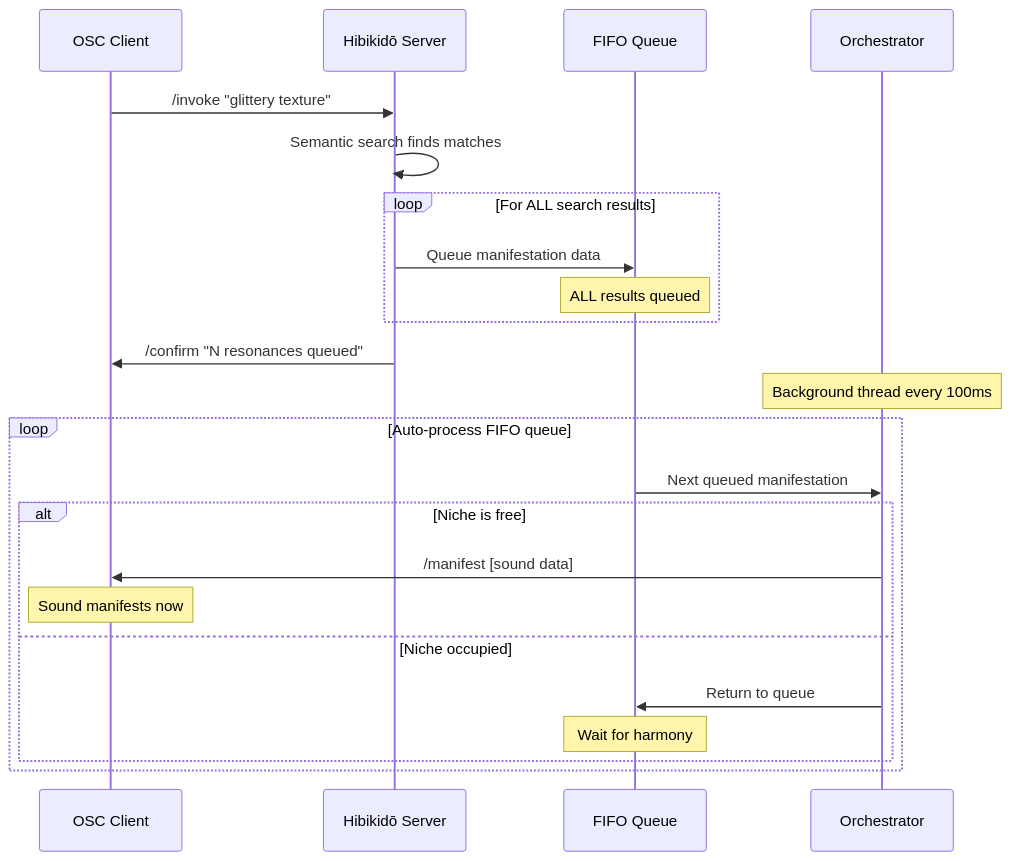
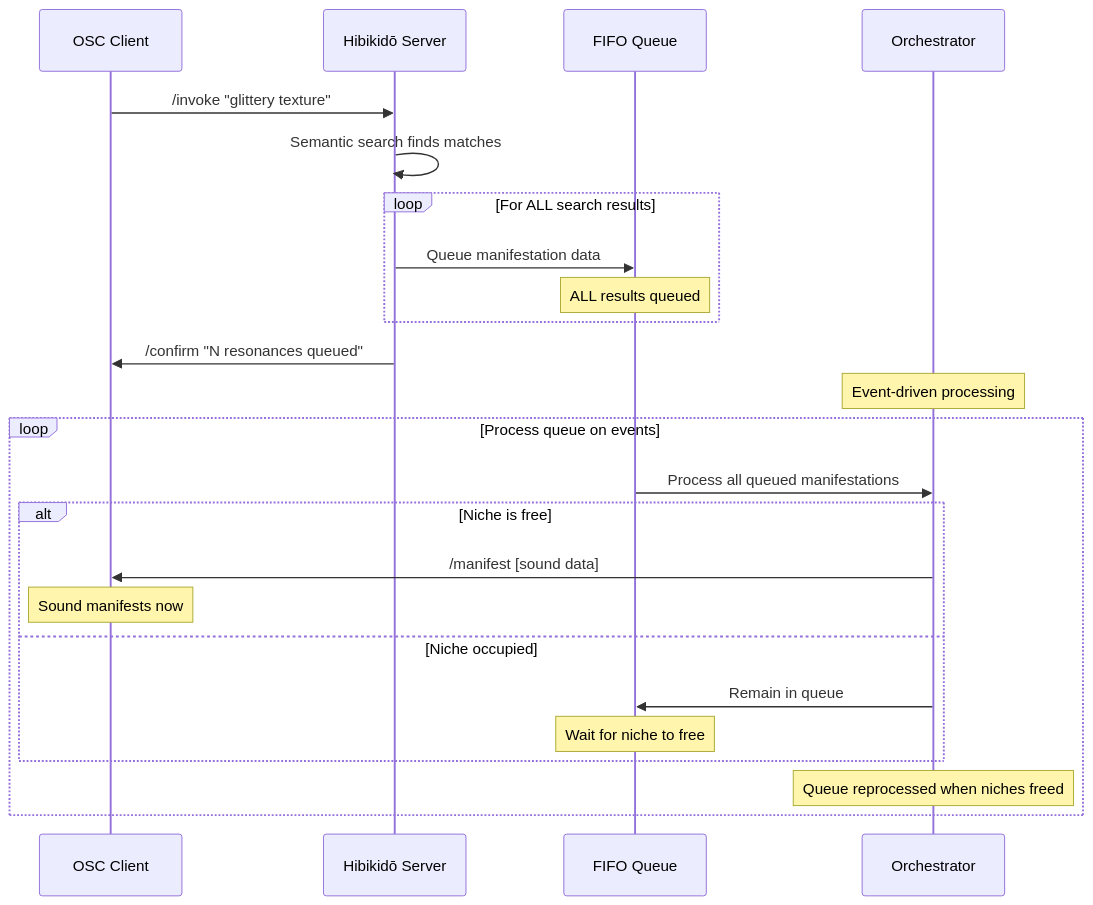
The second of 3 diagrams in docs/TECHNICAL_GUIDE.md (jpdrecourt/hibikido), drawn with Mermaid before and after one commit. The commit also changed other lines of this file and 13 other files, not shown here.

````diff
--- a/docs/TECHNICAL_GUIDE.md
+++ b/docs/TECHNICAL_GUIDE.md
@@ -39,30 +39,32 @@
 ```mermaid
 sequenceDiagram
     participant Client as OSC Client
     participant Server as Hibikidō Server
     participant Queue as FIFO Queue
     participant Orchestrator as Orchestrator
 
     Client->>Server: /invoke "glittery texture"
     Server->>Server: Semantic search finds matches
 
     loop For ALL search results
         Server->>Queue: Queue manifestation data
         Note over Queue: ALL results queued
     end
 
     Server->>Client: /confirm "N resonances queued"
 
-    Note over Orchestrator: Background thread every 100ms
-    loop Auto-process FIFO queue
-        Queue->>Orchestrator: Next queued manifestation
+    Note over Orchestrator: Event-driven processing
+    loop Process queue on events
+        Queue->>Orchestrator: Process all queued manifestations
 
         alt Niche is free
             Orchestrator->>Client: /manifest [sound data]
             Note over Client: Sound manifests now
         else Niche occupied
-            Orchestrator->>Queue: Return to queue
-            Note over Queue: Wait for harmony
+            Orchestrator->>Queue: Remain in queue
+            Note over Queue: Wait for niche to free
         end
+        
+        Note over Orchestrator: Queue reprocessed when niches freed
     end
 ```
````
